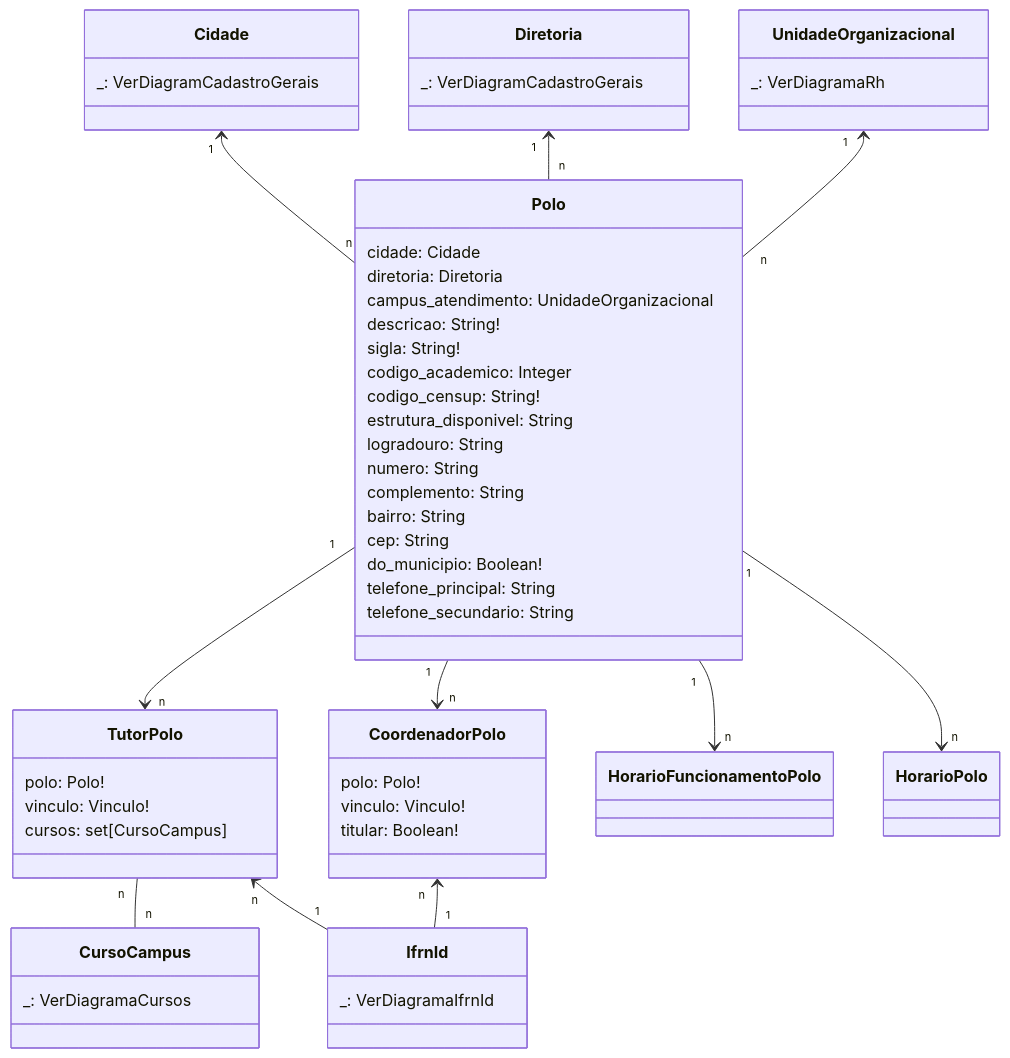
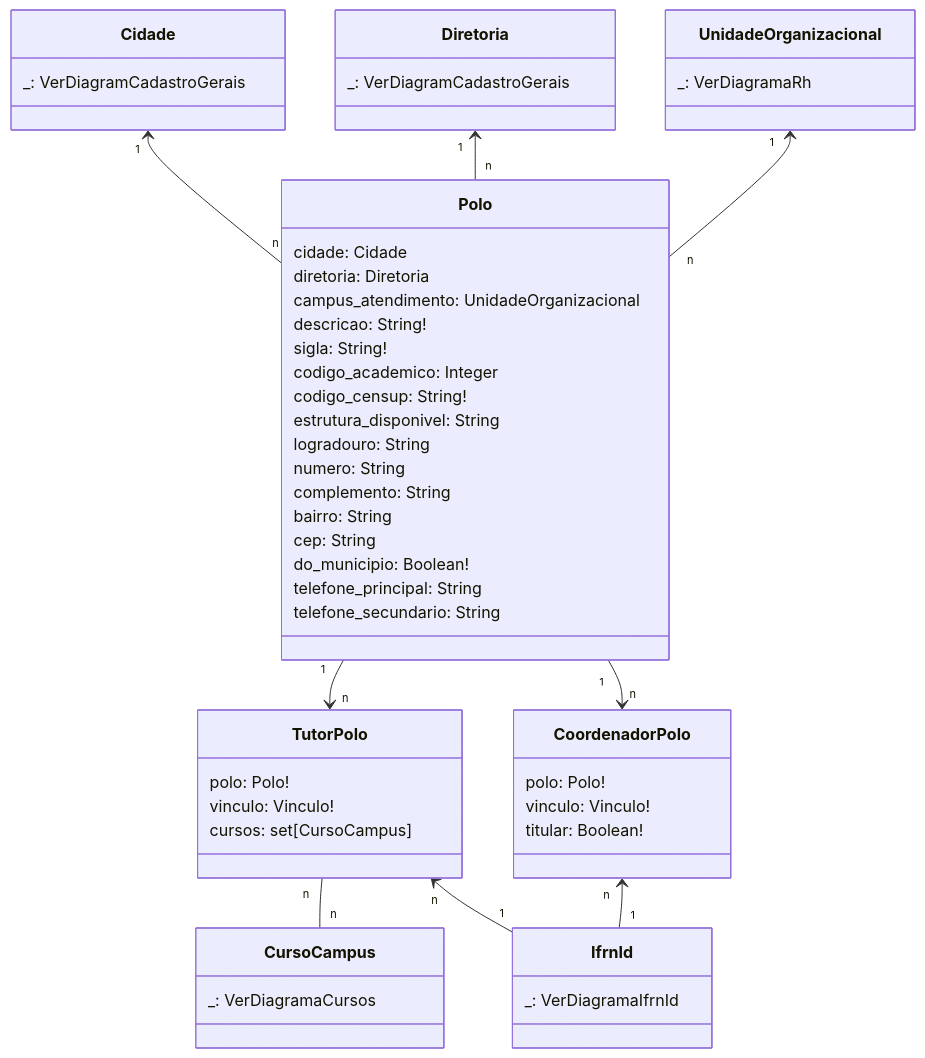
One commit to cte-zl-ifrn/cte-zl-ifrn.github.io changed the first of 2 diagrams in suap/modelo_edu_polos.md. Above: the diagram before and after it, drawn with Mermaid.

Commit message:
começa polo

````diff
--- a/suap/modelo_edu_polos.md
+++ b/suap/modelo_edu_polos.md
@@ -5,59 +5,57 @@
 ```mermaid
 classDiagram
     class CursoCampus {
         _: VerDiagramaCursos
     }
     class IfrnId {
         _: VerDiagramaIfrnId
     }
     class UnidadeOrganizacional {
         _: VerDiagramaRh
     }
     class Diretoria {
         _: VerDiagramCadastroGerais
     }
     class Cidade {
         _: VerDiagramCadastroGerais
     }
     class Polo {
         cidade: Cidade
         diretoria: Diretoria
         campus_atendimento: UnidadeOrganizacional
         descricao: String!
         sigla: String!
         codigo_academico: Integer
         codigo_censup: String!
         estrutura_disponivel: String
         logradouro: String
         numero: String
         complemento: String
         bairro: String
         cep: String
         do_municipio: Boolean!
         telefone_principal: String
         telefone_secundario: String
     }
     class TutorPolo {
         polo: Polo!
         vinculo: Vinculo!
         cursos: set[CursoCampus]
     }
     class CoordenadorPolo {
         polo: Polo!
         vinculo: Vinculo!
         titular: Boolean!
     }
 
     Cidade "1" <-- "n" Polo
     Diretoria "1" <-- "n" Polo
     UnidadeOrganizacional "1" <-- "n" Polo
 
     Polo "1" --> "n" TutorPolo
     Polo "1" --> "n" CoordenadorPolo
-    Polo "1" --> "n" HorarioFuncionamentoPolo
-    Polo "1" --> "n" HorarioPolo
 
     TutorPolo "n" -- "n" CursoCampus
     CoordenadorPolo "n" <-- "1" IfrnId
     TutorPolo "n" <-- "1" IfrnId
 ```
````
